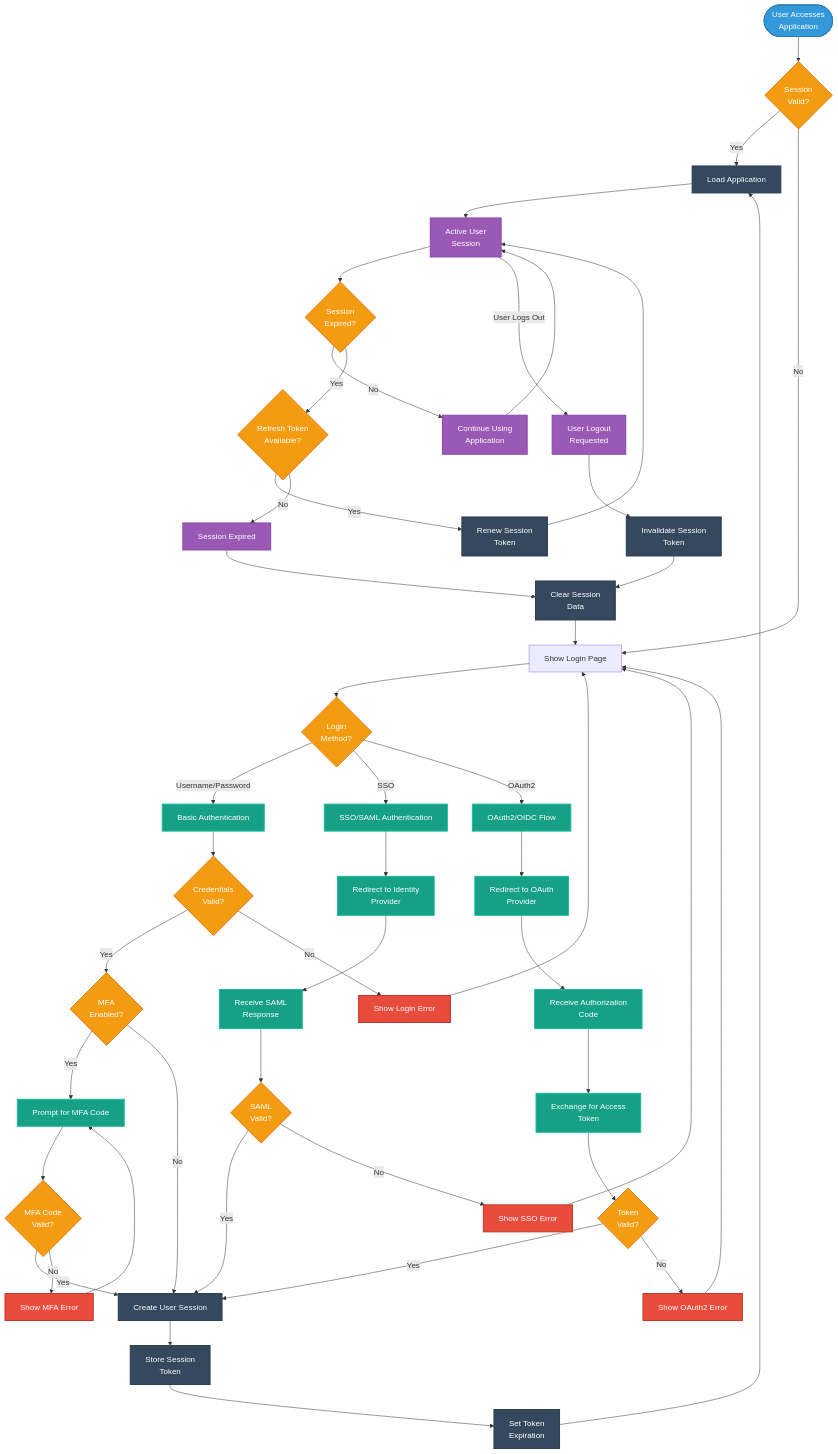
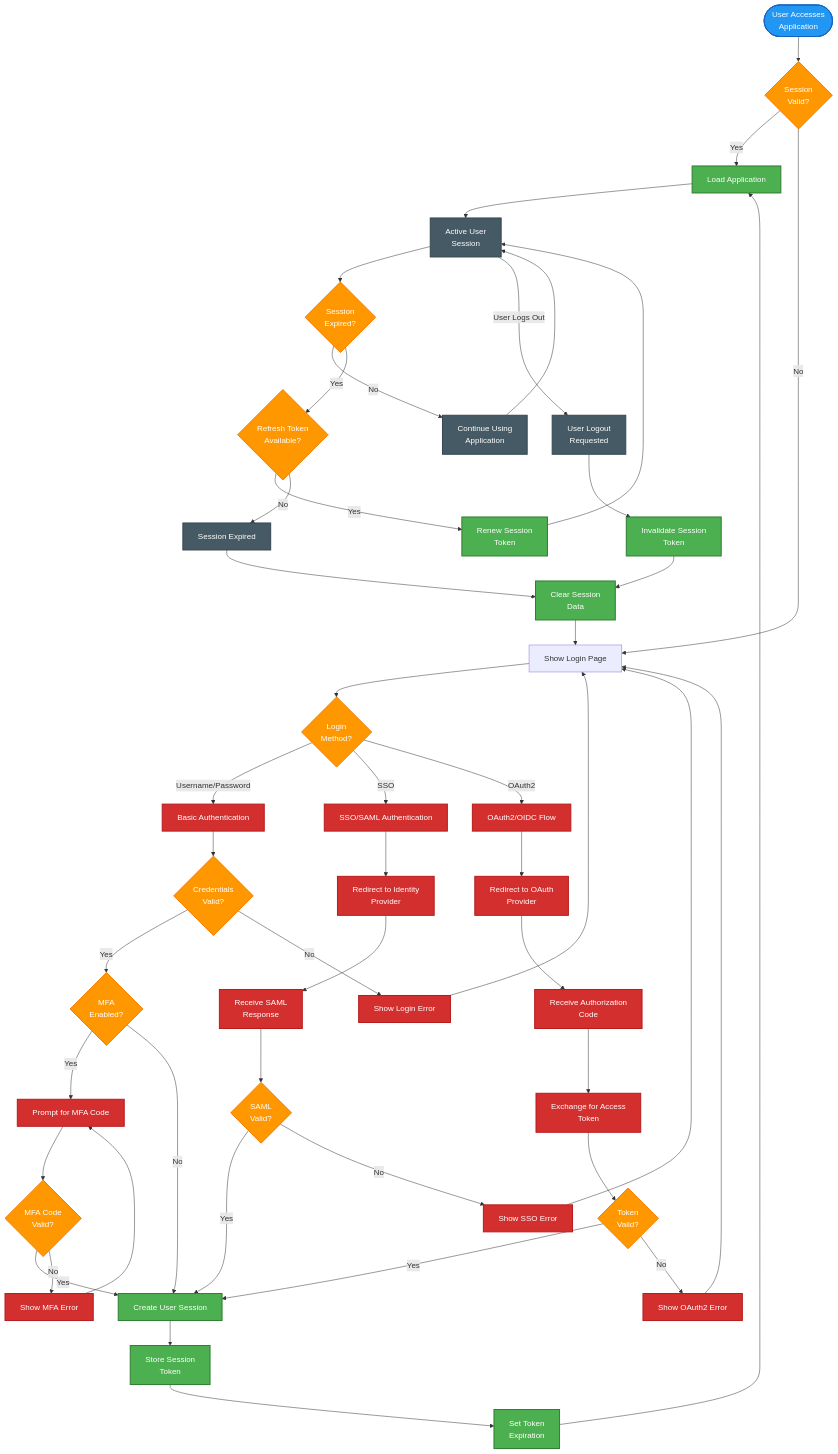
Diagram 13 of 13 in docs/architecture/FLOWCHART.md (step-security-bot/cia-compliance-manager), drawn with Mermaid before and after one commit. The commit also changed other lines of this file and 27 other files, not shown here.

First line of the commit message:
fix: resolve broken mermaid diagrams and improve color coding to match ISMS style guide (#1106)

````diff
--- a/docs/architecture/FLOWCHART.md
+++ b/docs/architecture/FLOWCHART.md
@@ -1217,76 +1217,76 @@
 ```mermaid
 flowchart TD
     Start([User Accesses<br>Application]) --> CheckSession{Session<br>Valid?}
     
     CheckSession -->|Yes| LoadApp[Load Application]
     CheckSession -->|No| ShowLogin[Show Login Page]
     
     ShowLogin --> UserLogin{Login<br>Method?}
     UserLogin -->|Username/Password| BasicAuth[Basic Authentication]
     UserLogin -->|SSO| SSOAuth[SSO/SAML Authentication]
     UserLogin -->|OAuth2| OAuth2Flow[OAuth2/OIDC Flow]
     
     BasicAuth --> ValidateCredentials{Credentials<br>Valid?}
     ValidateCredentials -->|Yes| CheckMFA{MFA<br>Enabled?}
     ValidateCredentials -->|No| LoginError[Show Login Error]
     LoginError --> ShowLogin
     
     CheckMFA -->|Yes| PromptMFA[Prompt for MFA Code]
     CheckMFA -->|No| CreateSession[Create User Session]
     
     PromptMFA --> ValidateMFA{MFA Code<br>Valid?}
     ValidateMFA -->|Yes| CreateSession
     ValidateMFA -->|No| MFAError[Show MFA Error]
     MFAError --> PromptMFA
     
     SSOAuth --> RedirectToIDP[Redirect to Identity<br>Provider]
     RedirectToIDP --> SAMLResponse[Receive SAML<br>Response]
     SAMLResponse --> ValidateSAML{SAML<br>Valid?}
     ValidateSAML -->|Yes| CreateSession
     ValidateSAML -->|No| SSOError[Show SSO Error]
     SSOError --> ShowLogin
     
     OAuth2Flow --> RedirectToProvider[Redirect to OAuth<br>Provider]
     RedirectToProvider --> AuthCodeReceived[Receive Authorization<br>Code]
     AuthCodeReceived --> ExchangeToken[Exchange for Access<br>Token]
     ExchangeToken --> ValidateToken{Token<br>Valid?}
     ValidateToken -->|Yes| CreateSession
     ValidateToken -->|No| OAuth2Error[Show OAuth2 Error]
     OAuth2Error --> ShowLogin
     
     CreateSession --> StoreToken[Store Session<br>Token]
     StoreToken --> SetExpiration[Set Token<br>Expiration]
     SetExpiration --> LoadApp
     
     LoadApp --> ActiveSession[Active User<br>Session]
     ActiveSession --> SessionMonitor{Session<br>Expired?}
     
     SessionMonitor -->|No| ContinueSession[Continue Using<br>Application]
     ContinueSession --> ActiveSession
     
     SessionMonitor -->|Yes| RefreshToken{Refresh Token<br>Available?}
     RefreshToken -->|Yes| RenewSession[Renew Session<br>Token]
     RefreshToken -->|No| SessionExpired[Session Expired]
     
     RenewSession --> ActiveSession
     SessionExpired --> ClearSession[Clear Session<br>Data]
     ClearSession --> ShowLogin
     
     ActiveSession -->|User Logs Out| Logout[User Logout<br>Requested]
     Logout --> InvalidateToken[Invalidate Session<br>Token]
     InvalidateToken --> ClearSession
     
-    classDef startend fill:#3498db,stroke:#2980b9,stroke-width:2px,color:white,rx:25
-    classDef process fill:#34495e,stroke:#2c3e50,stroke-width:2px,color:white
-    classDef decision fill:#f39c12,stroke:#e67e22,stroke-width:2px,color:white
-    classDef auth fill:#16a085,stroke:#1abc9c,stroke-width:2px,color:white
-    classDef error fill:#e74c3c,stroke:#c0392b,stroke-width:2px,color:white
-    classDef session fill:#9b59b6,stroke:#8e44ad,stroke-width:2px,color:white
+    classDef startend fill:#2196F3,stroke:#1565C0,stroke-width:2px,color:#ffffff
+    classDef process fill:#4CAF50,stroke:#2E7D32,stroke-width:2px,color:#ffffff
+    classDef decision fill:#FF9800,stroke:#F57C00,stroke-width:2px,color:#ffffff
+    classDef auth fill:#D32F2F,stroke:#B71C1C,stroke-width:2px,color:#ffffff
+    classDef error fill:#D32F2F,stroke:#B71C1C,stroke-width:2px,color:#ffffff
+    classDef session fill:#455A64,stroke:#37474F,stroke-width:2px,color:#ffffff
     
     class Start startend
     class LoadApp,CreateSession,StoreToken,SetExpiration,RenewSession,InvalidateToken,ClearSession process
     class CheckSession,UserLogin,ValidateCredentials,CheckMFA,ValidateMFA,ValidateSAML,ValidateToken,SessionMonitor,RefreshToken decision
     class BasicAuth,SSOAuth,OAuth2Flow,PromptMFA,RedirectToIDP,SAMLResponse,RedirectToProvider,AuthCodeReceived,ExchangeToken auth
     class LoginError,MFAError,SSOError,OAuth2Error error
     class ActiveSession,ContinueSession,SessionExpired,Logout session
 ```
````
